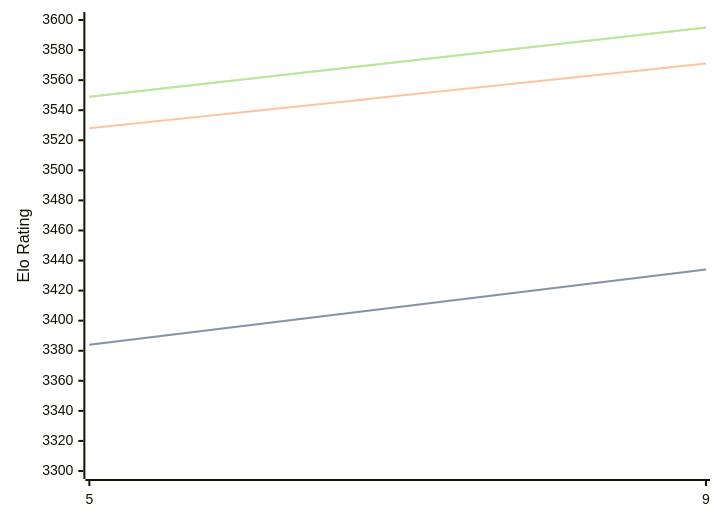
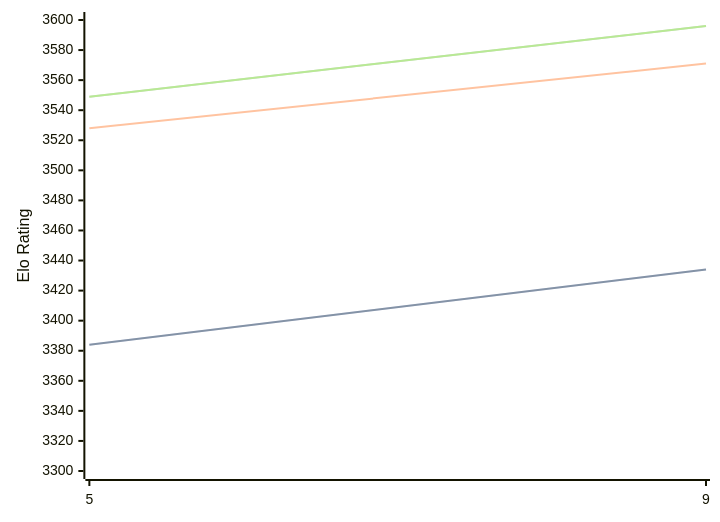
One commit to computer-chess-index/cci changed the diagram in engines/Crystal.md. Above: the diagram before and after it, drawn with Mermaid. The commit also changed other lines of this file, not shown here.

Commit message:
Update CCI Ratings (ELO VLTC) - 2026-09-21

````diff
--- a/engines/Crystal.md
+++ b/engines/Crystal.md
@@ -32,11 +32,11 @@
 ```mermaid
 %%{init: {"theme":"base","themeVariables":{"seriesColors:['#a3a3a3','#222221','#faa371']}}}%%
 xychart-beta
   x-axis ["5", "9"]
   y-axis "Elo Rating" 3300 --> 3600
   line "" [3384, 3434]
   line "STC (8.0+0.08s)" [3384, 3434]
   line "LTC (60.0+0.60s)" [3528, 3571]
-  line "" [3549, 3595]
-  line "VLTC (2m24s+1.12s)" [3549, 3595]
+  line "" [3549, 3596]
+  line "VLTC (2m24s+1.12s)" [3549, 3596]
 ```
````
